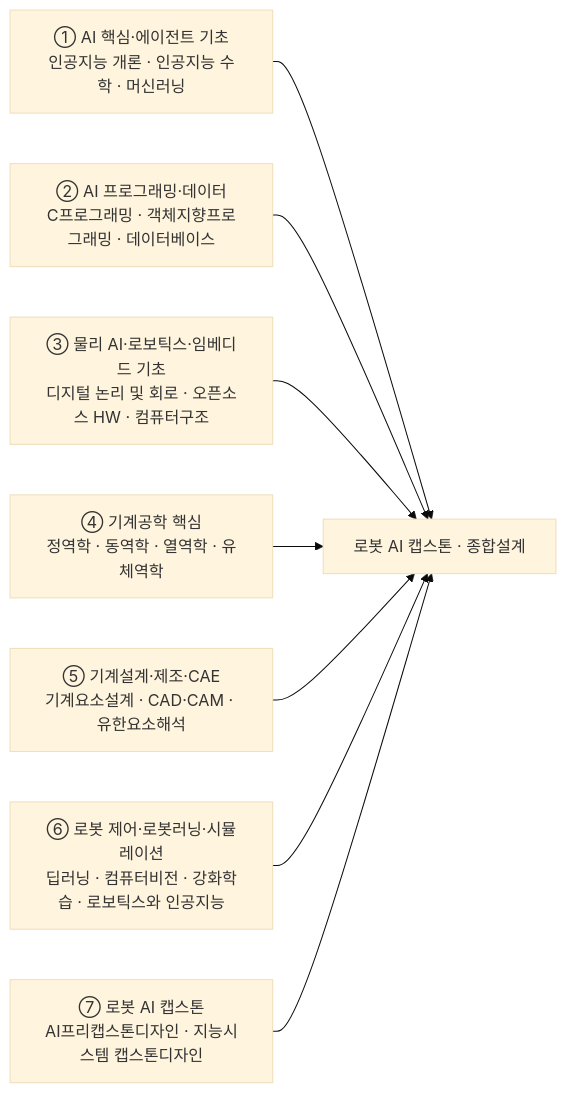
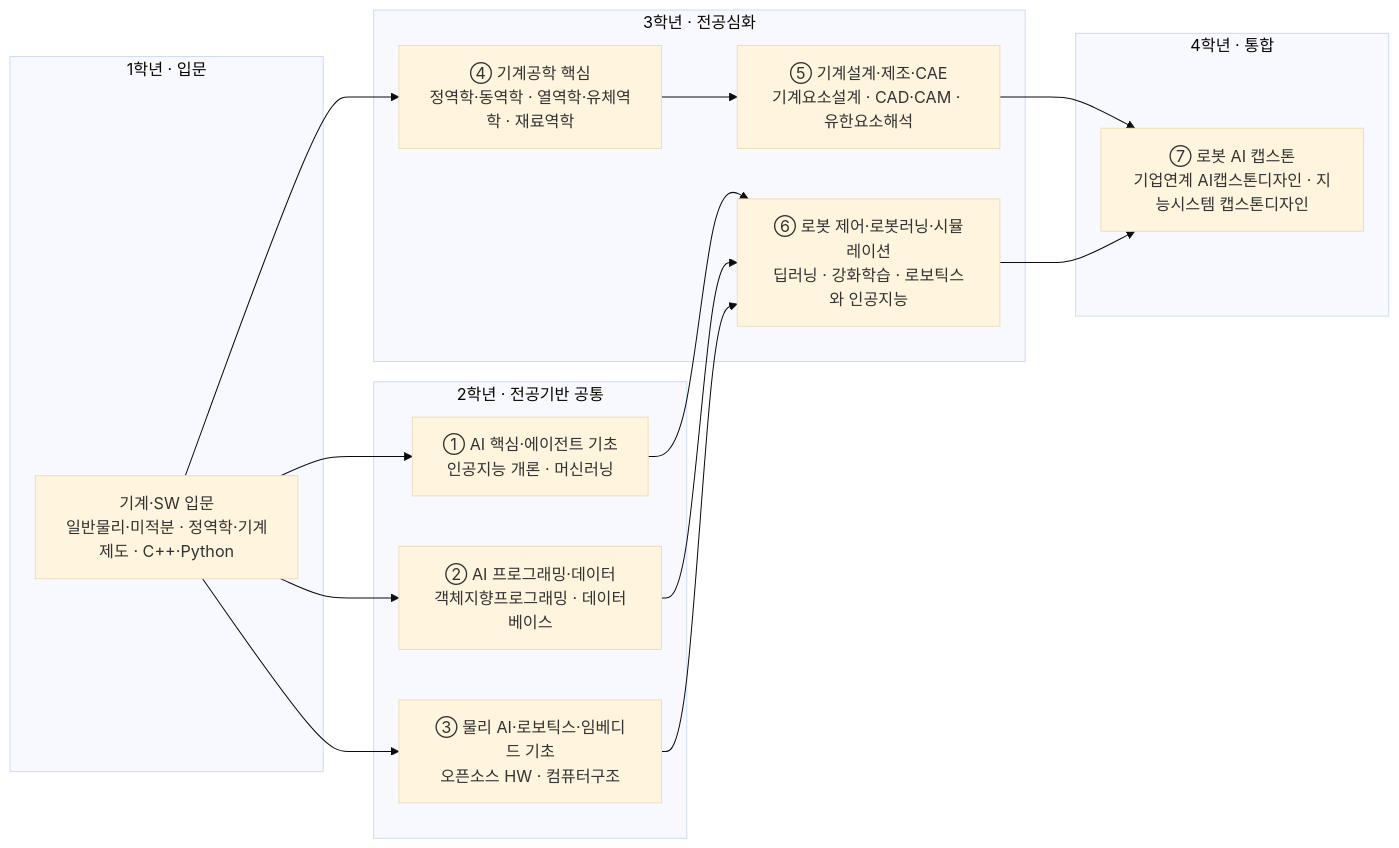
One commit to parclab-hsu/ai-curriculum-2026 changed the diagram in docs/ai/ai-robotics.md. Above: the diagram before and after it, drawn with Mermaid (base theme). The commit also changed other lines of this file and 22 other files, not shown here.

First line of the commit message:
모듈 다이어그램 강화 — 1~4학년 로드맵 + 모듈-역량 매핑 (23개 트랙)

````diff
--- a/docs/ai/ai-robotics.md
+++ b/docs/ai/ai-robotics.md
@@ -156,11 +156,29 @@
 ```mermaid
 flowchart LR
-  M1["① AI 핵심·에이전트 기초<br/>인공지능 개론 · 인공지능 수학 · 머신러닝"] --> CAP
-  M2["② AI 프로그래밍·데이터<br/>C프로그래밍 · 객체지향프로그래밍 · 데이터베이스"] --> CAP
-  M3["③ 물리 AI·로보틱스·임베디드 기초<br/>디지털 논리 및 회로 · 오픈소스 HW · 컴퓨터구조"] --> CAP
-  M4["④ 기계공학 핵심<br/>정역학 · 동역학 · 열역학 · 유체역학"] --> CAP
-  M5["⑤ 기계설계·제조·CAE<br/>기계요소설계 · CAD·CAM · 유한요소해석"] --> CAP
-  M6["⑥ 로봇 제어·로봇러닝·시뮬레이션<br/>딥러닝 · 컴퓨터비전 · 강화학습 · 로보틱스와 인공지능"] --> CAP
-  M7["⑦ 로봇 AI 캡스톤<br/>AI프리캡스톤디자인 · 지능시스템 캡스톤디자인"] --> CAP
-  CAP["로봇 AI 캡스톤 · 종합설계"]
+  subgraph Y1["1학년 · 입문"]
+    A0["기계·SW 입문<br/>일반물리·미적분 · 정역학·기계제도 · C++·Python"]
+  end
+  subgraph Y2["2학년 · 전공기반 공통"]
+    M1["① AI 핵심·에이전트 기초<br/>인공지능 개론 · 머신러닝"]
+    M2["② AI 프로그래밍·데이터<br/>객체지향프로그래밍 · 데이터베이스"]
+    M3["③ 물리 AI·로보틱스·임베디드 기초<br/>오픈소스 HW · 컴퓨터구조"]
+  end
+  subgraph Y3["3학년 · 전공심화"]
+    M4["④ 기계공학 핵심<br/>정역학·동역학 · 열역학·유체역학 · 재료역학"]
+    M5["⑤ 기계설계·제조·CAE<br/>기계요소설계 · CAD·CAM · 유한요소해석"]
+    M6["⑥ 로봇 제어·로봇러닝·시뮬레이션<br/>딥러닝 · 강화학습 · 로보틱스와 인공지능"]
+  end
+  subgraph Y4["4학년 · 통합"]
+    CAP["⑦ 로봇 AI 캡스톤<br/>기업연계 AI캡스톤디자인 · 지능시스템 캡스톤디자인"]
+  end
+  A0 --> M1
+  A0 --> M2
+  A0 --> M3
+  A0 --> M4
+  M4 --> M5
+  M1 --> M6
+  M2 --> M6
+  M3 --> M6
+  M5 --> CAP
+  M6 --> CAP
 ```
````
